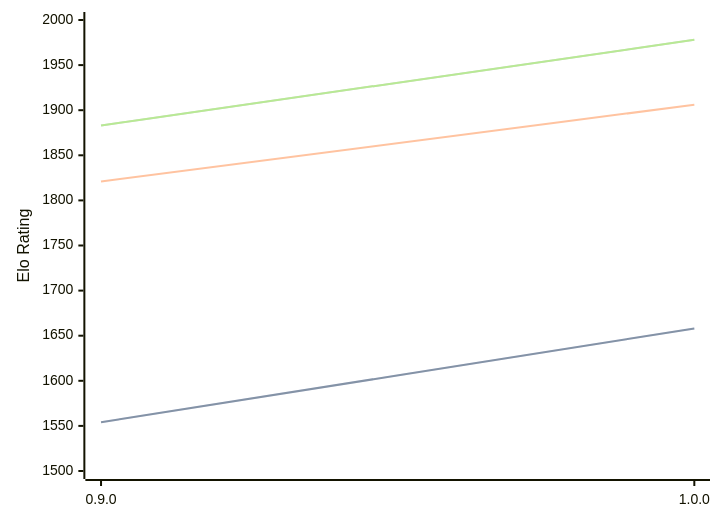
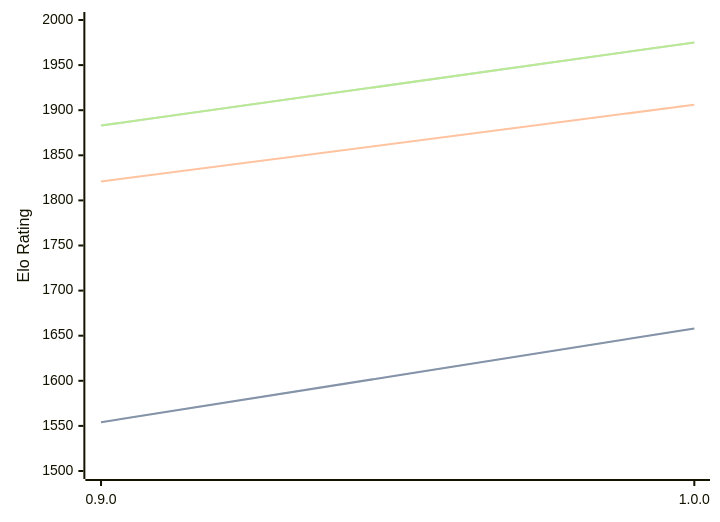
The diagram in engines/Ratsu.md (computer-chess-index/cci), drawn with Mermaid before and after one commit. The commit also changed other lines of this file, not shown here.

Commit message:
Update CCI Ratings (ELO VLTC) - 2026-04-03

````diff
--- a/engines/Ratsu.md
+++ b/engines/Ratsu.md
@@ -32,11 +32,11 @@
 ```mermaid
 %%{init: {"theme":"base","themeVariables":{"seriesColors:['#a3a3a3','#222221','#faa371']}}}%%
 xychart-beta
   x-axis ["0.9.0", "1.0.0"]
   y-axis "Elo Rating" 1500 --> 2000
   line "STC (8.0+0.08s)" [1554, 1658]
   line "STC (8.0+0.08s)" [1554, 1658]
   line "LTC (60.0+0.60s)" [1821, 1906]
-  line "VLTC (2m24s+1.12s)" [1883, 1978]
-  line "VLTC (2m24s+1.12s)" [1883, 1978]
+  line "VLTC (2m24s+1.12s)" [1883, 1975]
+  line "VLTC (2m24s+1.12s)" [1883, 1975]
 ```
````
